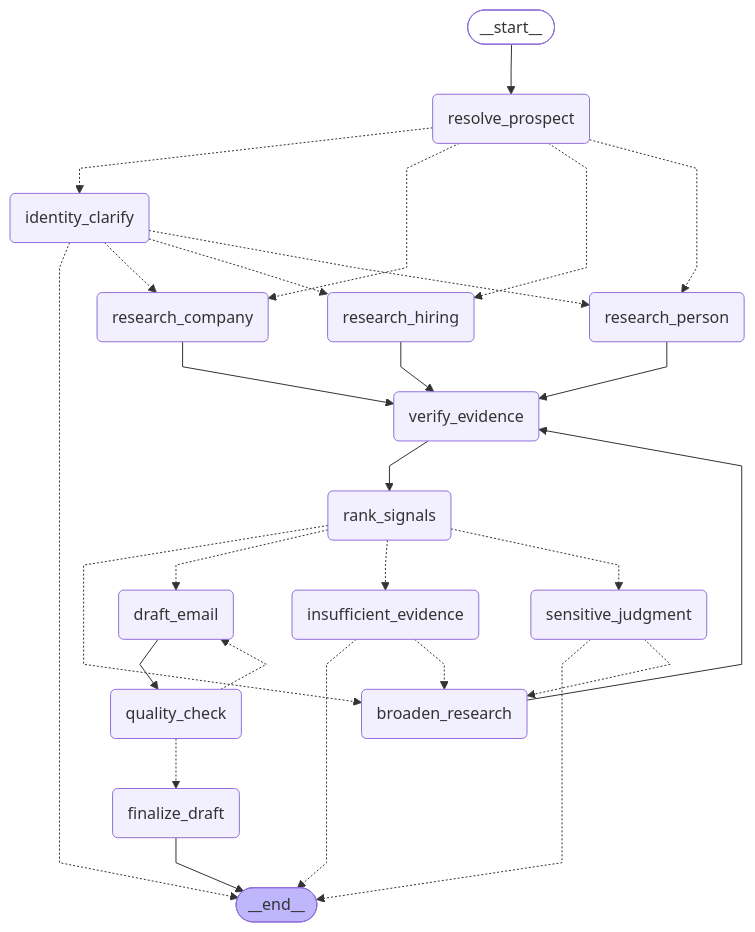
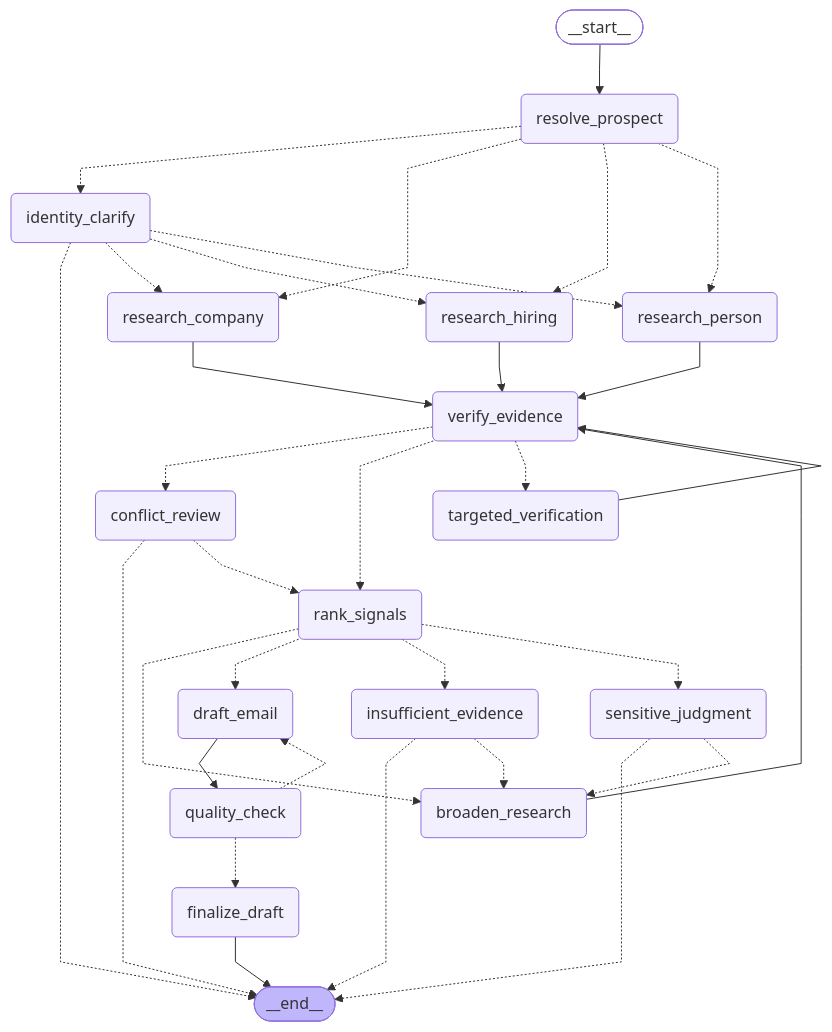
One commit to nandiniagrl/Zamp-AI--PS-3 changed the diagram in docs/graph.mmd. Above: the diagram before and after it, drawn with Mermaid. The commit also changed 11 other files, not shown here.

Commit message:
Phase 9D: conflicting-evidence handling (targeted verification, strength-based resolution, reviewer pause, exclusion)

```diff
--- a/docs/graph.mmd
+++ b/docs/graph.mmd
@@ -1,50 +1,57 @@
 ---
 config:
   flowchart:
     curve: linear
 ---
 graph TD;
 	__start__([<p>__start__</p>]):::first
 	resolve_prospect(resolve_prospect)
 	identity_clarify(identity_clarify)
 	research_person(research_person)
 	research_company(research_company)
 	research_hiring(research_hiring)
 	verify_evidence(verify_evidence)
+	targeted_verification(targeted_verification)
+	conflict_review(conflict_review)
 	rank_signals(rank_signals)
 	broaden_research(broaden_research)
 	insufficient_evidence(insufficient_evidence)
 	sensitive_judgment(sensitive_judgment)
 	draft_email(draft_email)
 	quality_check(quality_check)
 	finalize_draft(finalize_draft)
 	__end__([<p>__end__</p>]):::last
 	__start__ --> resolve_prospect;
 	broaden_research --> verify_evidence;
+	conflict_review -.-> __end__;
+	conflict_review -.-> rank_signals;
 	draft_email --> quality_check;
 	identity_clarify -.-> __end__;
 	identity_clarify -.-> research_company;
 	identity_clarify -.-> research_hiring;
 	identity_clarify -.-> research_person;
 	insufficient_evidence -.-> __end__;
 	insufficient_evidence -.-> broaden_research;
 	quality_check -.-> draft_email;
 	quality_check -.-> finalize_draft;
 	rank_signals -.-> broaden_research;
 	rank_signals -.-> draft_email;
 	rank_signals -.-> insufficient_evidence;
 	rank_signals -.-> sensitive_judgment;
 	research_company --> verify_evidence;
 	research_hiring --> verify_evidence;
 	research_person --> verify_evidence;
 	resolve_prospect -.-> identity_clarify;
 	resolve_prospect -.-> research_company;
 	resolve_prospect -.-> research_hiring;
 	resolve_prospect -.-> research_person;
 	sensitive_judgment -.-> __end__;
 	sensitive_judgment -.-> broaden_research;
-	verify_evidence --> rank_signals;
+	targeted_verification --> verify_evidence;
+	verify_evidence -.-> conflict_review;
+	verify_evidence -.-> rank_signals;
+	verify_evidence -.-> targeted_verification;
 	finalize_draft --> __end__;
 	classDef default fill:#f2f0ff,line-height:1.2
 	classDef first fill-opacity:0
 	classDef last fill:#bfb6fc
```
